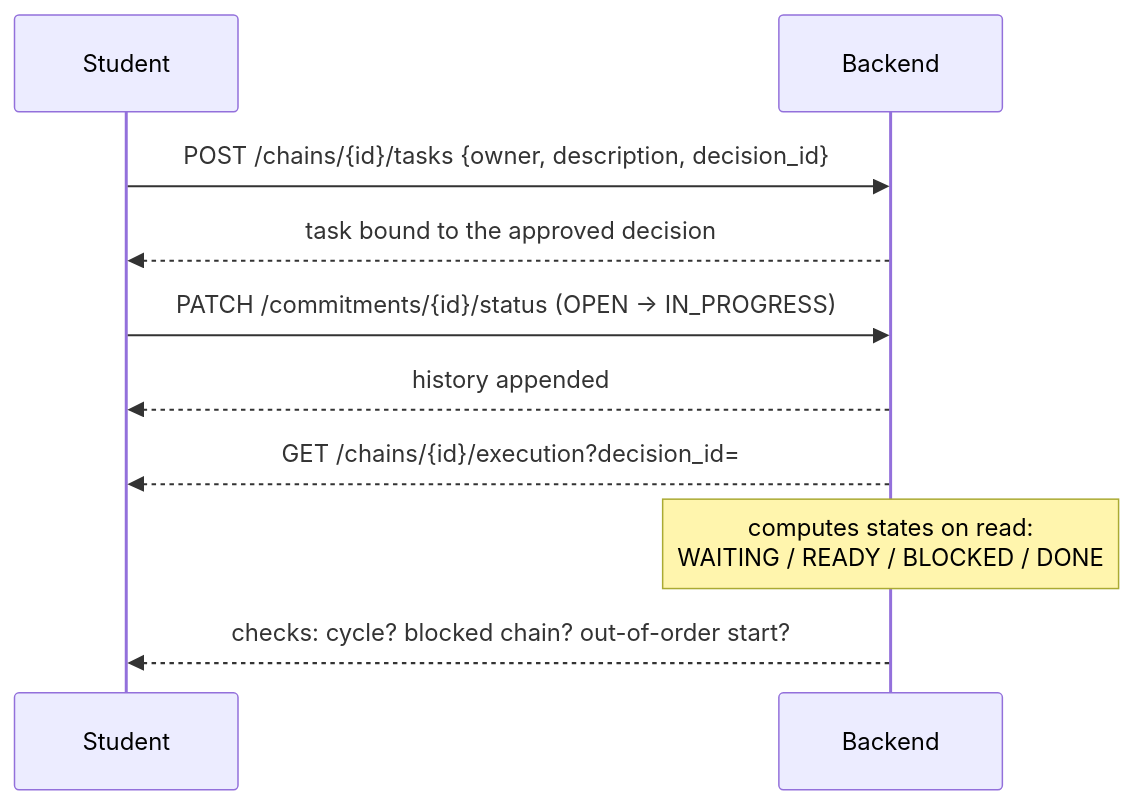
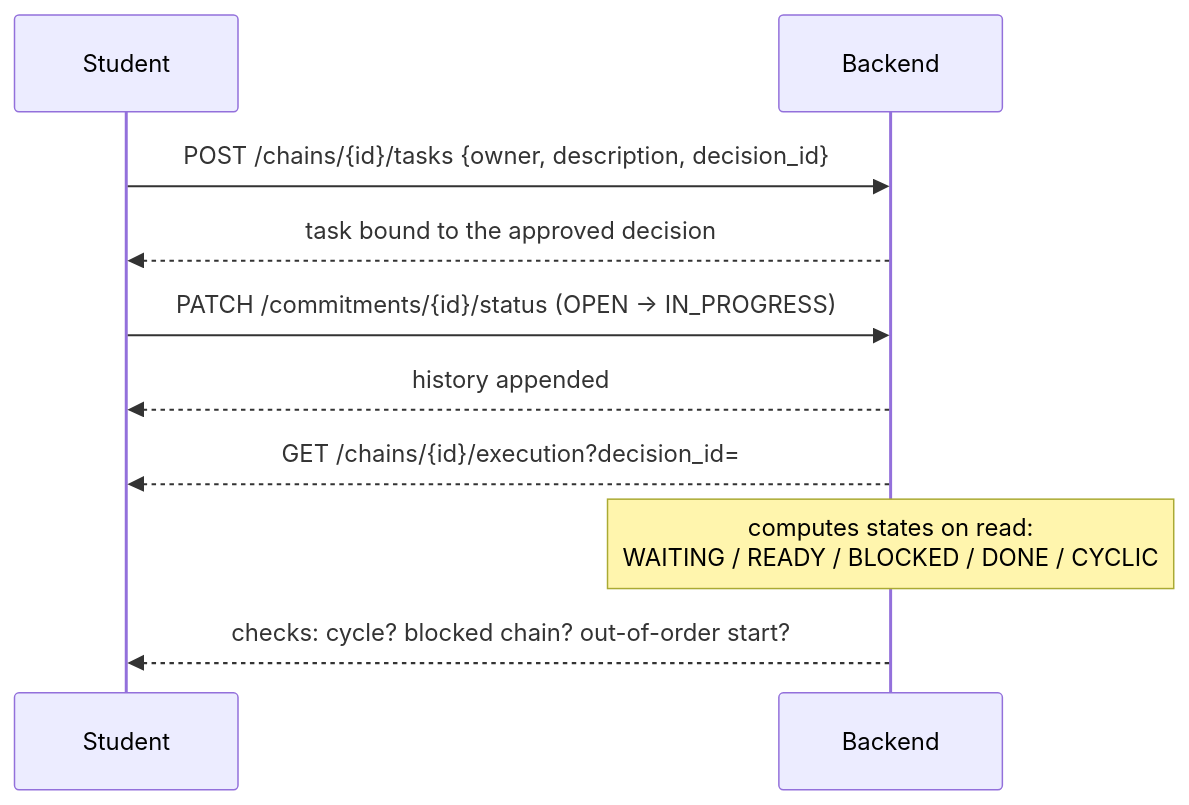
Before and after one commit to wyz-water/DecisionTrace: the third of 3 diagrams in docs/design/design-models.md, drawn with Mermaid. The commit also changed other lines of this file and 12 other files, not shown here.

````diff
--- a/docs/design/design-models.md
+++ b/docs/design/design-models.md
@@ -146,13 +154,13 @@
 ```mermaid
 sequenceDiagram
     participant S as Student
     participant API as Backend
 
     S->>API: POST /chains/{id}/tasks {owner, description, decision_id}
     API-->>S: task bound to the approved decision
     S->>API: PATCH /commitments/{id}/status (OPEN → IN_PROGRESS)
     API-->>S: history appended
     API-->>S: GET /chains/{id}/execution?decision_id=
-    Note over API: computes states on read:<br/>WAITING / READY / BLOCKED / DONE
+    Note over API: computes states on read:<br/>WAITING / READY / BLOCKED / DONE / CYCLIC
     API-->>S: checks: cycle? blocked chain? out-of-order start?
 ```
````
